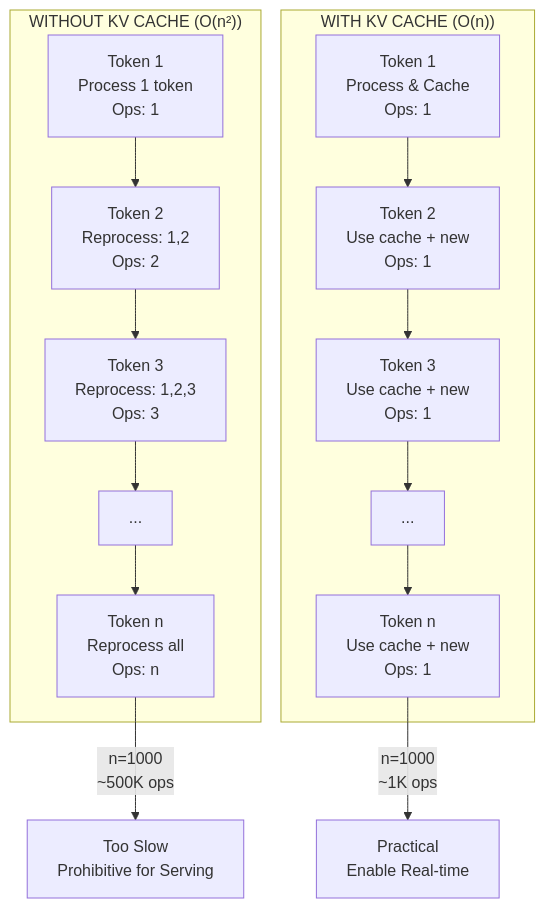
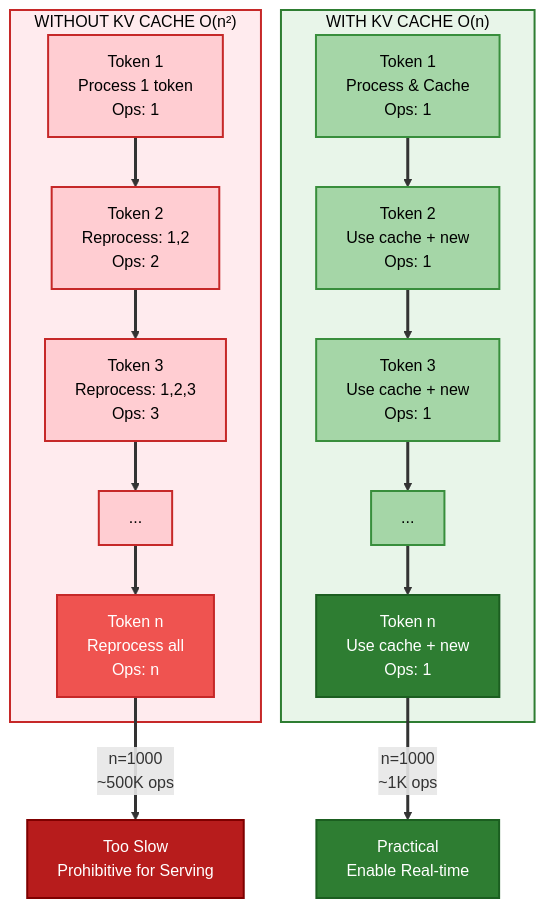
One commit to Shahriarin2garden/vllm_from_scratch changed the first of 15 diagrams in lab0.3/README.md. Above: the diagram before and after it, drawn with Mermaid. The commit also changed other lines of this file and 2 other files, not shown here.

Commit message:
Enhance README with detailed mermaid diagrams for KV cache performance, memory fragmentation, and eviction strategies; add .gitignore to exclude plans directory from version control.

````diff
--- a/lab0.3/README.md
+++ b/lab0.3/README.md
@@ -77,19 +77,36 @@
 ```mermaid
 graph TD
-    subgraph NO["WITHOUT KV CACHE (O(n²))"]
+    subgraph NO [" WITHOUT KV CACHE O(n²) "]
         NC1["Token 1<br/>Process 1 token<br/>Ops: 1"] --> NC2["Token 2<br/>Reprocess: 1,2<br/>Ops: 2"]
         NC2 --> NC3["Token 3<br/>Reprocess: 1,2,3<br/>Ops: 3"]
         NC3 --> NC4["..."]
         NC4 --> NC5["Token n<br/>Reprocess all<br/>Ops: n"]
     end
     
-    subgraph YES["WITH KV CACHE (O(n))"]
+    subgraph YES [" WITH KV CACHE O(n) "]
         WC1["Token 1<br/>Process & Cache<br/>Ops: 1"] --> WC2["Token 2<br/>Use cache + new<br/>Ops: 1"]
         WC2 --> WC3["Token 3<br/>Use cache + new<br/>Ops: 1"]
         WC3 --> WC4["..."]
         WC4 --> WC5["Token n<br/>Use cache + new<br/>Ops: 1"]
     end
     
     NC5 -->|"n=1000<br/>~500K ops"| Result1["Too Slow<br/>Prohibitive for Serving"]
     WC5 -->|"n=1000<br/>~1K ops"| Result2["Practical<br/>Enable Real-time"]
+    
+    linkStyle default stroke:#333,stroke-width:3px
+    
+    style NO fill:#ffebee,stroke:#c62828,stroke-width:2px,color:#000
+    style YES fill:#e8f5e9,stroke:#2e7d32,stroke-width:2px,color:#000
+    style NC1 fill:#ffcdd2,stroke:#c62828,stroke-width:2px,color:#000
+    style NC2 fill:#ffcdd2,stroke:#c62828,stroke-width:2px,color:#000
+    style NC3 fill:#ffcdd2,stroke:#c62828,stroke-width:2px,color:#000
+    style NC4 fill:#ffcdd2,stroke:#c62828,stroke-width:2px,color:#000
+    style NC5 fill:#ef5350,stroke:#c62828,stroke-width:2px,color:#fff
+    style WC1 fill:#a5d6a7,stroke:#388e3c,stroke-width:2px,color:#000
+    style WC2 fill:#a5d6a7,stroke:#388e3c,stroke-width:2px,color:#000
+    style WC3 fill:#a5d6a7,stroke:#388e3c,stroke-width:2px,color:#000
+    style WC4 fill:#a5d6a7,stroke:#388e3c,stroke-width:2px,color:#000
+    style WC5 fill:#2e7d32,stroke:#1b5e20,stroke-width:2px,color:#fff
+    style Result1 fill:#b71c1c,stroke:#7f0000,stroke-width:2px,color:#fff
+    style Result2 fill:#2e7d32,stroke:#1b5e20,stroke-width:2px,color:#fff
 ```
````
